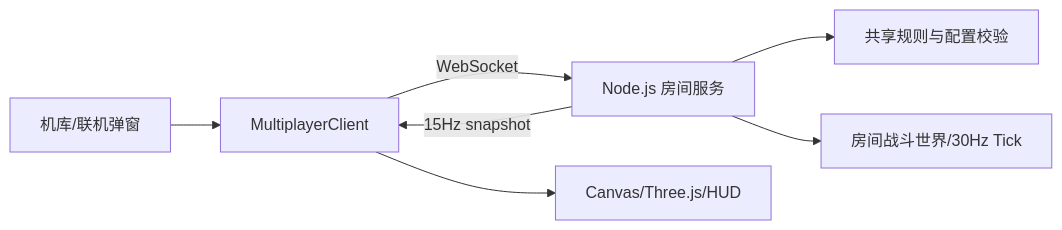
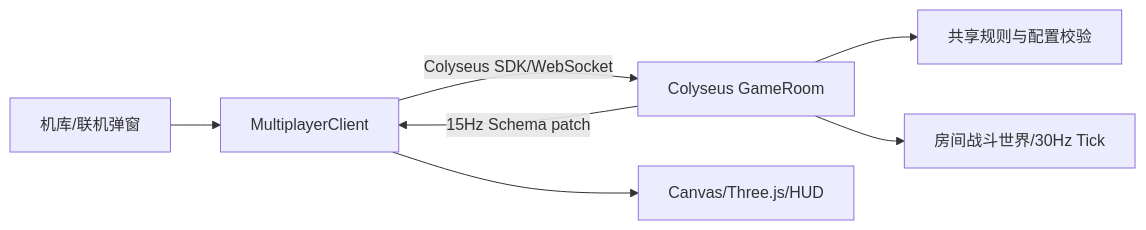
Before and after one commit to Ally1212/mouse-strike: the diagram in docs/MULTIPLAYER-DESIGN.md, drawn with Mermaid. The commit also changed other lines of this file and 14 other files, not shown here.

````diff
--- a/docs/MULTIPLAYER-DESIGN.md
+++ b/docs/MULTIPLAYER-DESIGN.md
@@ -9,9 +9,9 @@
 ```mermaid
 flowchart LR
   UI[机库/联机弹窗] --> Client[MultiplayerClient]
-  Client -- WebSocket --> Server[Node.js 房间服务]
+  Client -- Colyseus SDK/WebSocket --> Server[Colyseus GameRoom]
   Server --> Rules[共享规则与配置校验]
   Server --> World[房间战斗世界/30Hz Tick]
-  Server -- 15Hz snapshot --> Client
+  Server -- 15Hz Schema patch --> Client
   Client --> Render[Canvas/Three.js/HUD]
 ```
````
